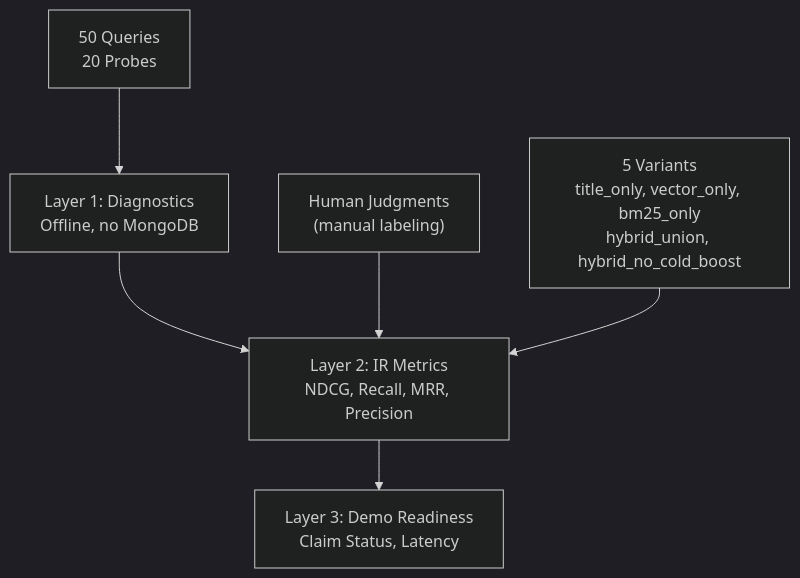
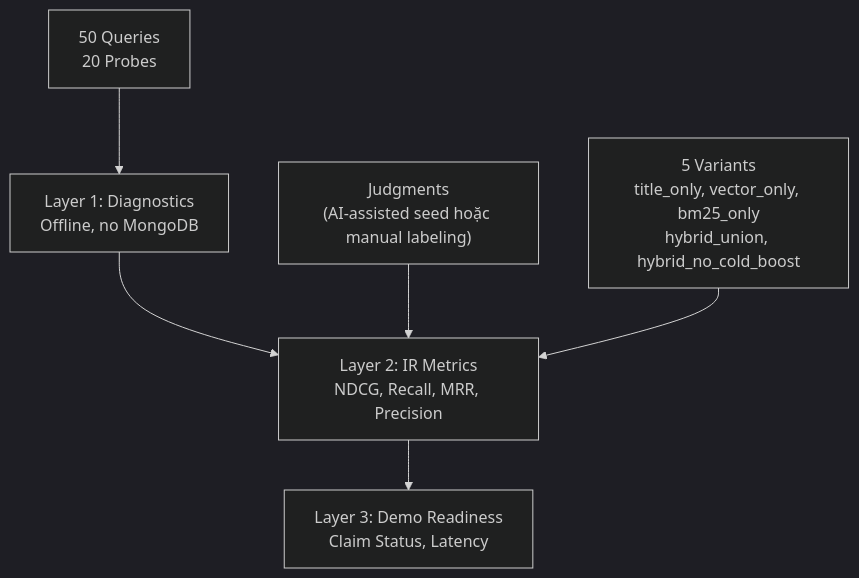
One commit to thphuc06/ColdStart_Killer changed the diagram in walkthrough_evaluation.md. Above: the diagram before and after it, drawn with Mermaid (dark theme). The commit also changed other lines of this file and 6 other files, not shown here.

````diff
--- a/walkthrough_evaluation.md
+++ b/walkthrough_evaluation.md
@@ -7,8 +7,8 @@
 ```mermaid
 graph TD
     A["Layer 1: Diagnostics<br/>Offline, no MongoDB"] --> B["Layer 2: IR Metrics<br/>NDCG, Recall, MRR, Precision"]
     B --> C["Layer 3: Demo Readiness<br/>Claim Status, Latency"]
     D["50 Queries<br/>20 Probes"] --> A
-    E["Human Judgments<br/>(manual labeling)"] --> B
+    E["Judgments<br/>(AI-assisted seed hoặc manual labeling)"] --> B
     F["5 Variants<br/>title_only, vector_only, bm25_only<br/>hybrid_union, hybrid_no_cold_boost"] --> B
 ```
````
